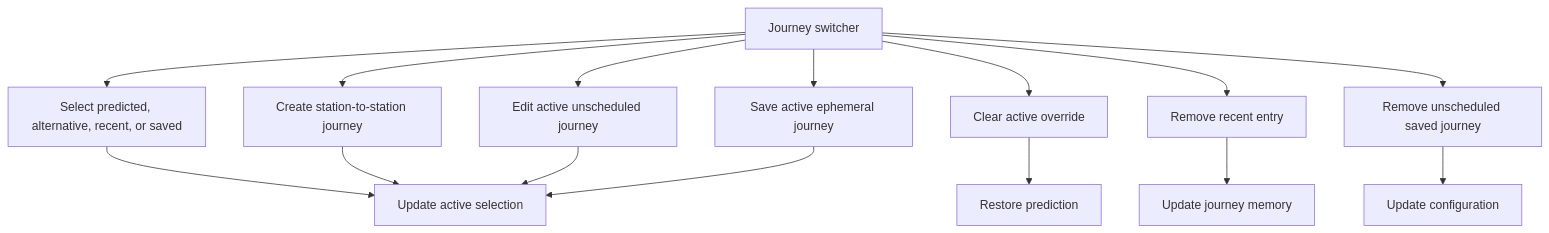
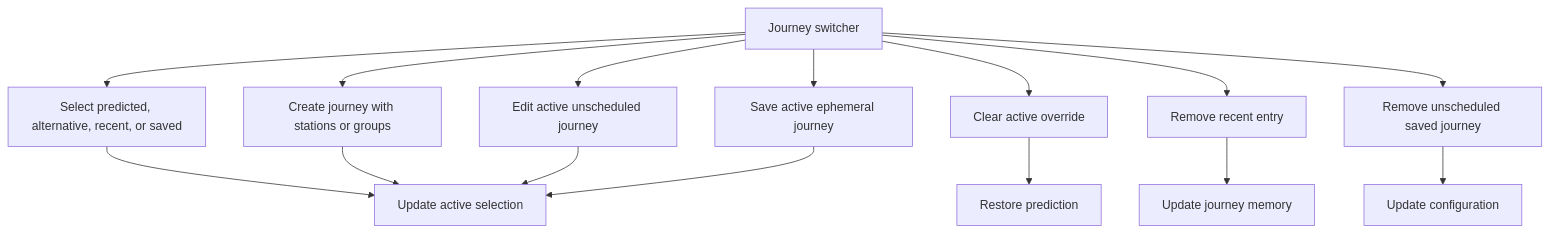
Before and after one commit to nd9600/trainDashboard: the fourth of 4 diagrams in docs/journey-selection.md, drawn with Mermaid. The commit also changed other lines of this file and 16 other files, not shown here.

````diff
--- a/docs/journey-selection.md
+++ b/docs/journey-selection.md
@@ -93,27 +93,27 @@
 ```mermaid
 flowchart TD
     switcher[Journey switcher]
     existing[Select predicted, alternative, recent, or saved]
-    create[Create station-to-station journey]
+    create[Create journey with stations or groups]
     edit[Edit active unscheduled journey]
     save[Save active ephemeral journey]
     clear[Clear active override]
     removeRecent[Remove recent entry]
     removeSaved[Remove unscheduled saved journey]
 
     switcher --> existing
     switcher --> create
     switcher --> edit
     switcher --> save
     switcher --> clear
     switcher --> removeRecent
     switcher --> removeSaved
 
     existing --> active[Update active selection]
     create --> active
     edit --> active
     save --> active
     clear --> predicted[Restore prediction]
     removeRecent --> memory[Update journey memory]
     removeSaved --> config[Update configuration]
 ```
````
